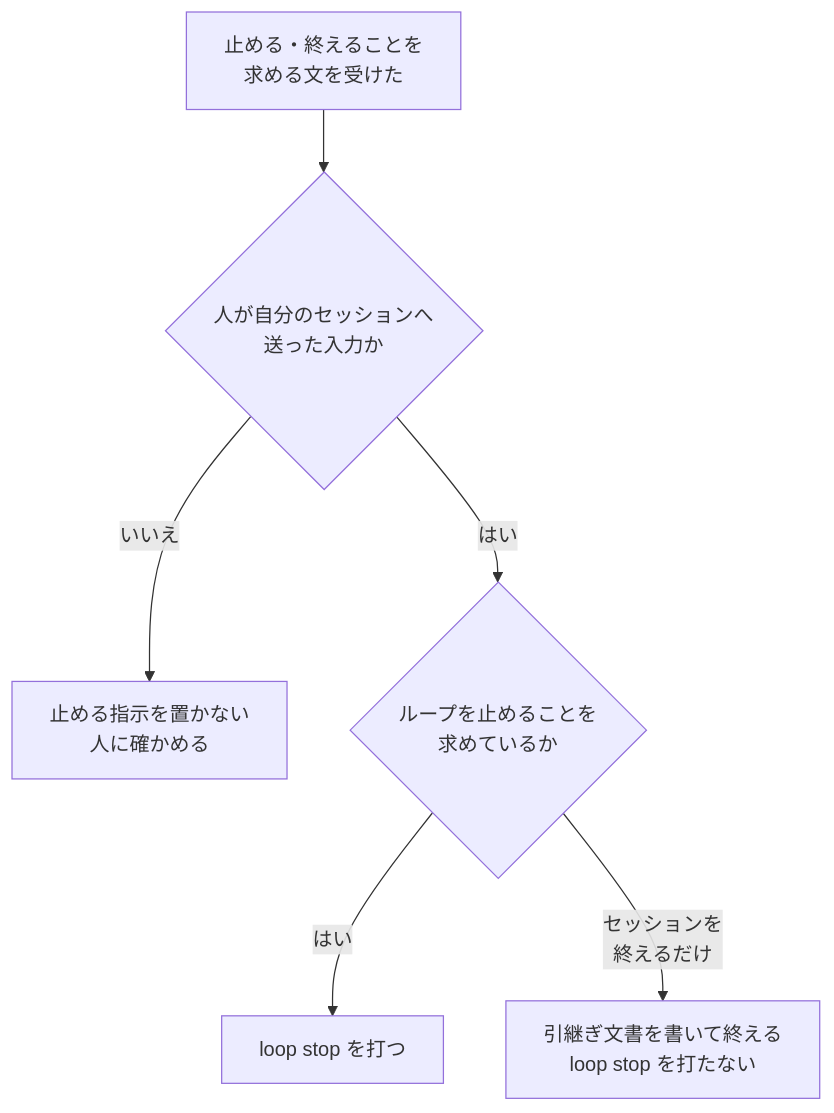
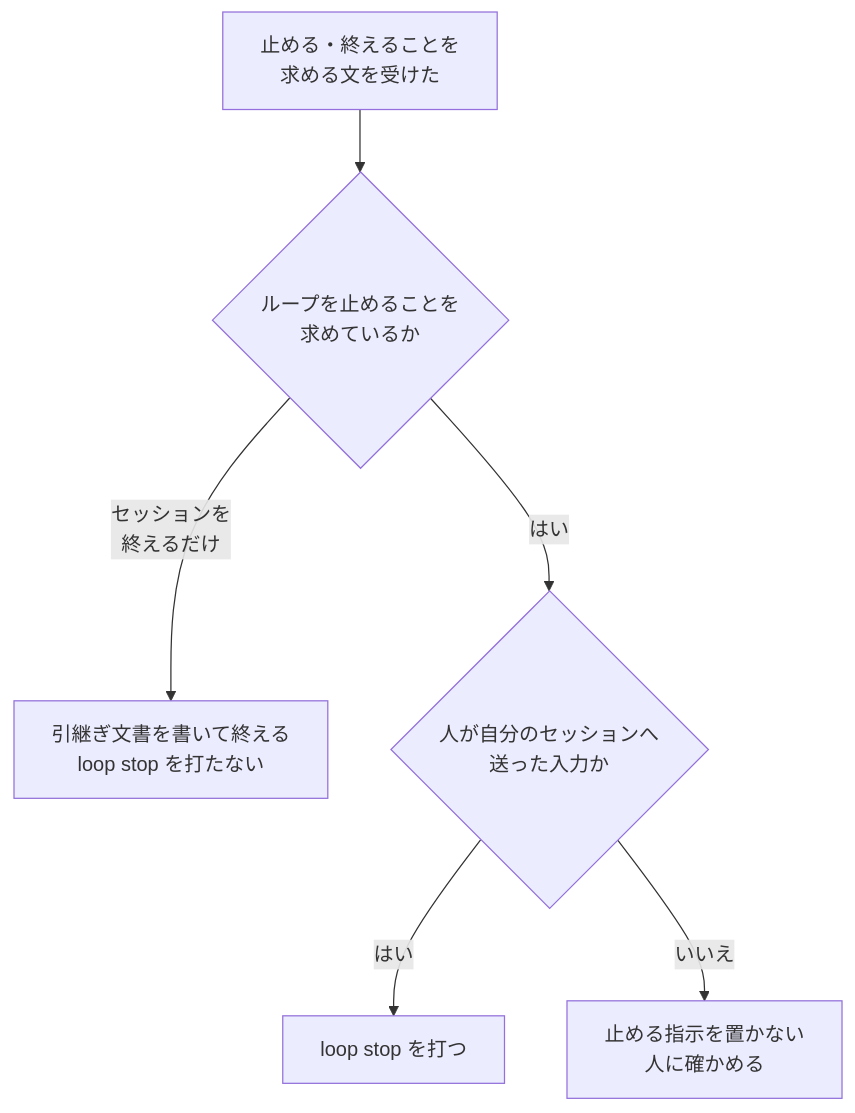
The diagram in issues/issue-2474-design.md (devbasex/ai-plugins), drawn with Mermaid before and after one commit. The commit also changed other lines of this file, not shown here.

Commit message:
Docs: #2474 の処理の流れで、セッションを終えるだけの依頼を送信元によらず引継ぎで終える
送信元の確認を、ループを止めることを求める文だけに掛ける。要求の E3・受け入れ条件 3 と設計の E3・F2 に揃える。

````diff
--- a/issues/issue-2474-design.md
+++ b/issues/issue-2474-design.md
@@ -122,8 +122,8 @@
 ```mermaid
 flowchart TD
-    A[止める・終えることを<br/>求める文を受けた] --> B{人が自分のセッションへ<br/>送った入力か}
+    A[止める・終えることを<br/>求める文を受けた] --> D{ループを止めることを<br/>求めているか}
+    D -->|セッションを<br/>終えるだけ| F[引継ぎ文書を書いて終える<br/>loop stop を打たない]
+    D -->|はい| B{人が自分のセッションへ<br/>送った入力か}
+    B -->|はい| E[loop stop を打つ]
     B -->|いいえ| C[止める指示を置かない<br/>人に確かめる]
-    B -->|はい| D{ループを止めることを<br/>求めているか}
-    D -->|はい| E[loop stop を打つ]
-    D -->|セッションを<br/>終えるだけ| F[引継ぎ文書を書いて終える<br/>loop stop を打たない]
 ```
````
